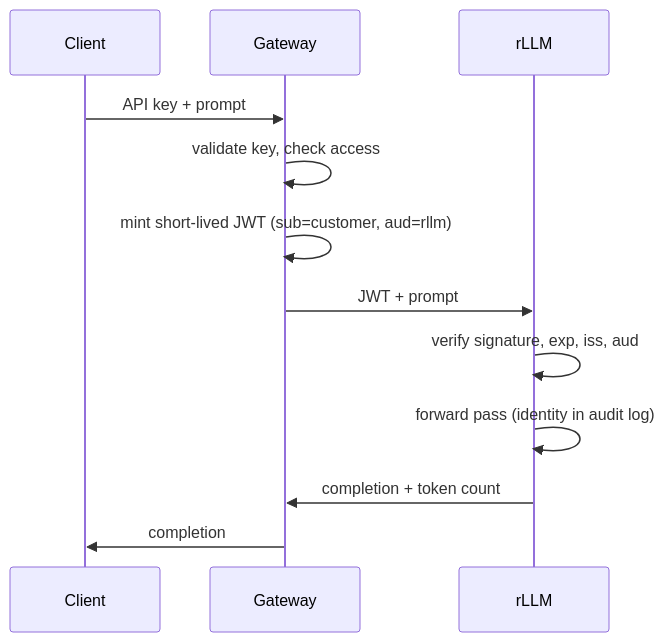
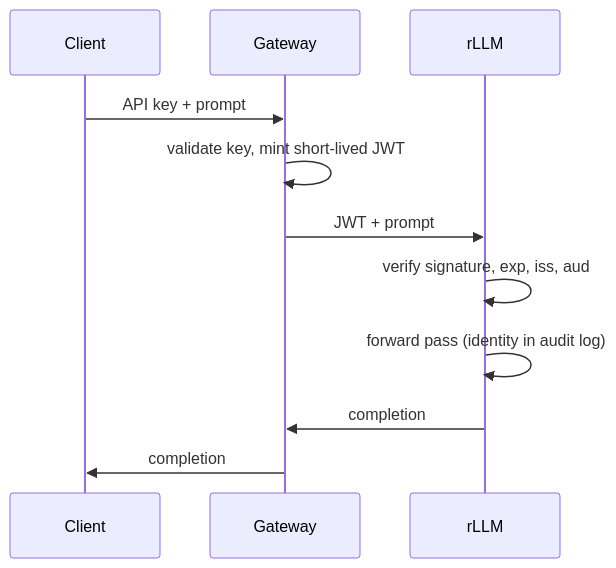
Before and after one commit to JonCooperWorks/rLLM: the first of 4 diagrams in docs/authentication.md, drawn with Mermaid. The commit also changed other lines of this file and 12 other files, not shown here.

````diff
--- a/docs/authentication.md
+++ b/docs/authentication.md
@@ -24,15 +24,14 @@
 ```mermaid
 sequenceDiagram
     participant Client
     participant Gateway
     participant rLLM
 
     Client->>Gateway: API key + prompt
-    Gateway->>Gateway: validate key, check access
-    Gateway->>Gateway: mint short-lived JWT (sub=customer, aud=rllm)
+    Gateway->>Gateway: validate key, mint short-lived JWT
     Gateway->>rLLM: JWT + prompt
     rLLM->>rLLM: verify signature, exp, iss, aud
     rLLM->>rLLM: forward pass (identity in audit log)
-    rLLM->>Gateway: completion + token count
+    rLLM->>Gateway: completion
     Gateway->>Client: completion
 ```
````
